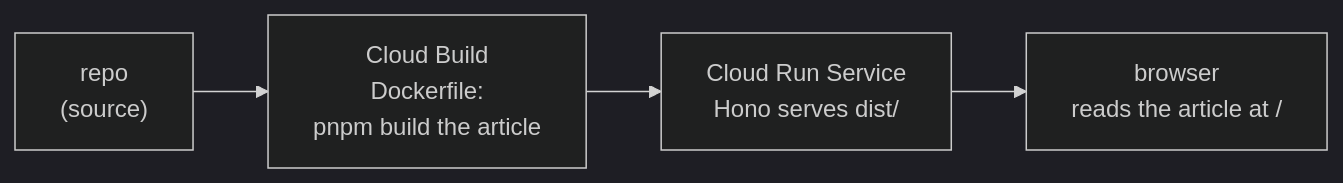
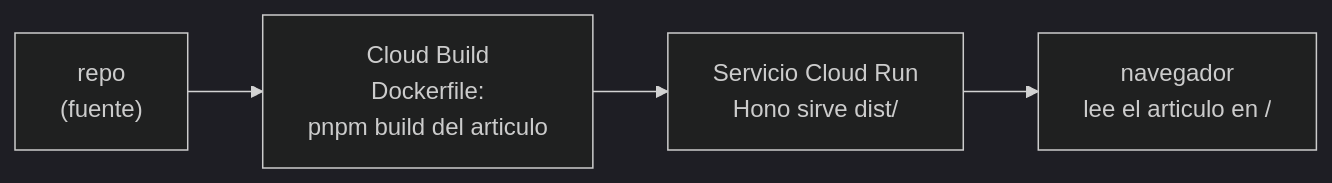
The second of 2 diagrams in README.md (ykro/aisprint-agy-eight-agents-one-ticket), drawn with Mermaid (dark theme) before and after one commit. The commit also changed other lines of this file and 4 other files, not shown here.

````diff
--- a/README.md
+++ b/README.md
@@ -262,6 +286,6 @@
 ```mermaid
 flowchart LR
-  A["repo<br/>(source)"] --> B["Cloud Build<br/>Dockerfile:<br/>pnpm build the article"]
-  B --> C["Cloud Run Service<br/>Hono serves dist/"]
-  C --> D["browser<br/>reads the article at /"]
+  A["repo<br/>(fuente)"] --> B["Cloud Build<br/>Dockerfile:<br/>pnpm build del articulo"]
+  B --> C["Servicio Cloud Run<br/>Hono sirve dist/"]
+  C --> D["navegador<br/>lee el articulo en /"]
 ```
````
